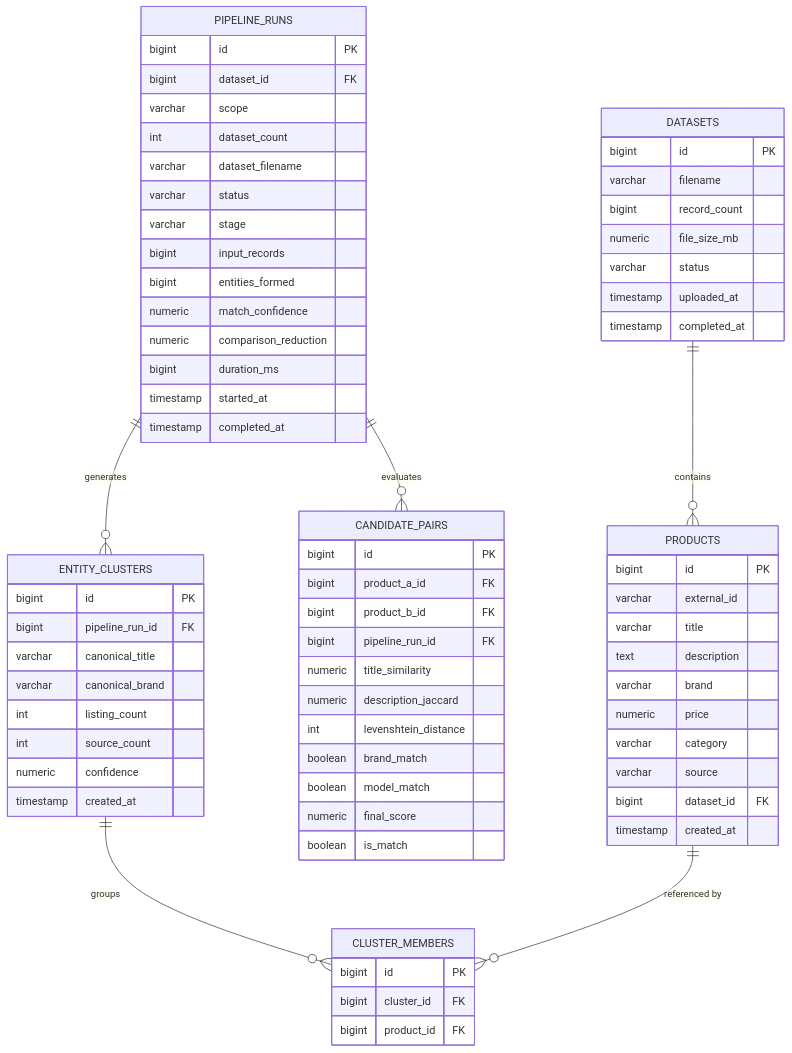
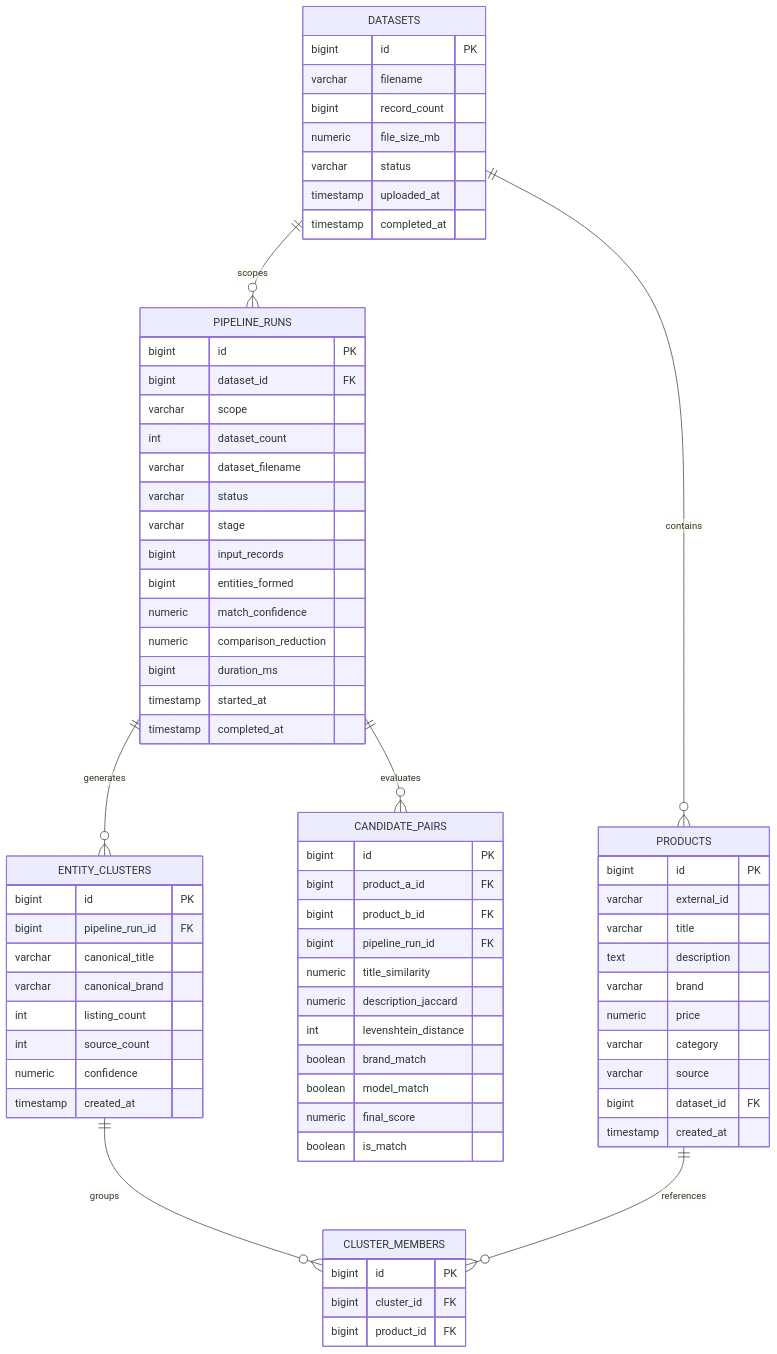
Before and after one commit to Bhargava-007/DSA3-2-1: the third of 3 diagrams in Project/README.md, drawn with Mermaid. The commit also changed other lines of this file, not shown here.

````diff
--- a/Project/README.md
+++ b/Project/README.md
@@ -383,79 +440,80 @@
 ```mermaid
 erDiagram
-    DATASETS ||--o{ PRODUCTS : "contains"
-    PIPELINE_RUNS ||--o{ CANDIDATE_PAIRS : "evaluates"
-    PIPELINE_RUNS ||--o{ ENTITY_CLUSTERS : "generates"
-    ENTITY_CLUSTERS ||--o{ CLUSTER_MEMBERS : "groups"
-    PRODUCTS ||--o{ CLUSTER_MEMBERS : "referenced by"
+    DATASETS ||--o{ PRODUCTS : contains
+    DATASETS ||--o{ PIPELINE_RUNS : scopes
+    PIPELINE_RUNS ||--o{ CANDIDATE_PAIRS : evaluates
+    PIPELINE_RUNS ||--o{ ENTITY_CLUSTERS : generates
+    ENTITY_CLUSTERS ||--o{ CLUSTER_MEMBERS : groups
+    PRODUCTS ||--o{ CLUSTER_MEMBERS : references
 
     DATASETS {
         bigint id PK
         varchar filename
         bigint record_count
         numeric file_size_mb
         varchar status
         timestamp uploaded_at
         timestamp completed_at
     }
 
     PRODUCTS {
         bigint id PK
         varchar external_id
         varchar title
         text description
         varchar brand
         numeric price
         varchar category
         varchar source
         bigint dataset_id FK
         timestamp created_at
     }
 
     PIPELINE_RUNS {
         bigint id PK
         bigint dataset_id FK
         varchar scope
         int dataset_count
         varchar dataset_filename
         varchar status
         varchar stage
         bigint input_records
         bigint entities_formed
         numeric match_confidence
         numeric comparison_reduction
         bigint duration_ms
         timestamp started_at
         timestamp completed_at
     }
 
     CANDIDATE_PAIRS {
         bigint id PK
         bigint product_a_id FK
         bigint product_b_id FK
         bigint pipeline_run_id FK
         numeric title_similarity
         numeric description_jaccard
         int levenshtein_distance
         boolean brand_match
         boolean model_match
         numeric final_score
         boolean is_match
     }
 
     ENTITY_CLUSTERS {
         bigint id PK
         bigint pipeline_run_id FK
         varchar canonical_title
         varchar canonical_brand
         int listing_count
         int source_count
         numeric confidence
         timestamp created_at
     }
 
     CLUSTER_MEMBERS {
         bigint id PK
         bigint cluster_id FK
         bigint product_id FK
     }
 ```
````
